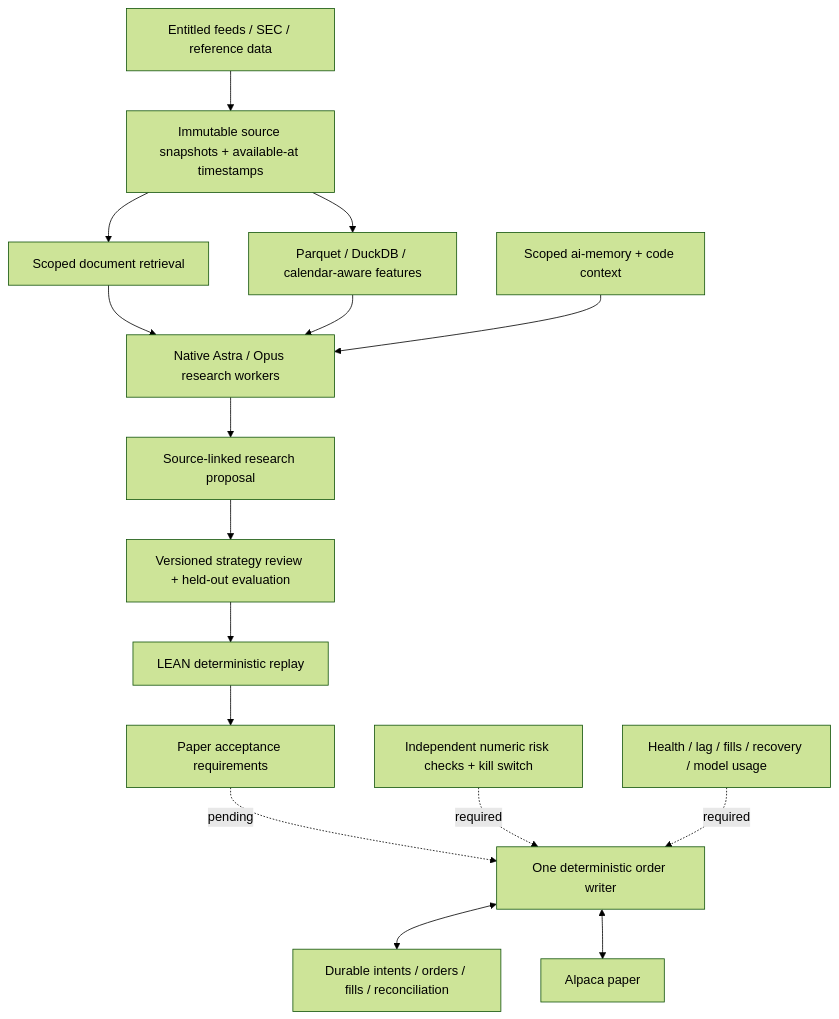
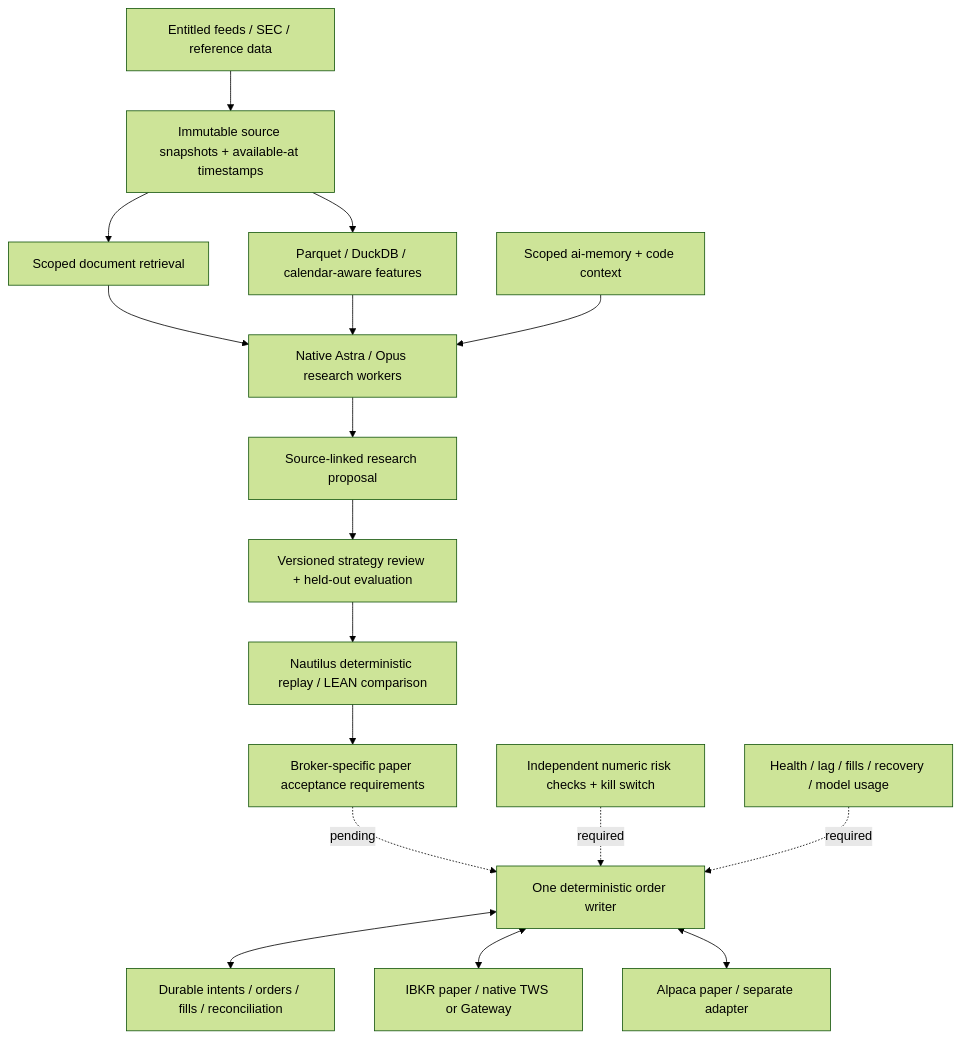
Before and after one commit to seathatflowsinourveins/native-agent-stack: the diagram in blueprints/us-equities/north-star.md, drawn with Mermaid (forest theme). The commit also changed other lines of this file and 26 other files, not shown here.

````diff
--- a/blueprints/us-equities/north-star.md
+++ b/blueprints/us-equities/north-star.md
@@ -34,18 +39,19 @@
 ```mermaid
 flowchart TB
     sources[Entitled feeds / SEC / reference data] --> raw[Immutable source snapshots + available-at timestamps]
     raw --> table[Parquet / DuckDB / calendar-aware features]
     raw --> docs[Scoped document retrieval]
     docs --> research[Native Astra / Opus research workers]
     table --> research
     memory[Scoped ai-memory + code context] --> research
     research --> proposal[Source-linked research proposal]
     proposal --> review[Versioned strategy review + held-out evaluation]
-    review --> lean[LEAN deterministic replay]
-    lean --> acceptance[Paper acceptance requirements]
+    review --> replay[Nautilus deterministic replay / LEAN comparison]
+    replay --> acceptance[Broker-specific paper acceptance requirements]
     acceptance -. pending .-> execution[One deterministic order writer]
     execution <--> journal[Durable intents / orders / fills / reconciliation]
-    execution <--> alpaca[Alpaca paper]
+    execution <--> ibkr[IBKR paper / native TWS or Gateway]
+    execution <--> alpaca[Alpaca paper / separate adapter]
     risk[Independent numeric risk checks + kill switch] -. required .-> execution
     observe[Health / lag / fills / recovery / model usage] -. required .-> execution
 ```
````
